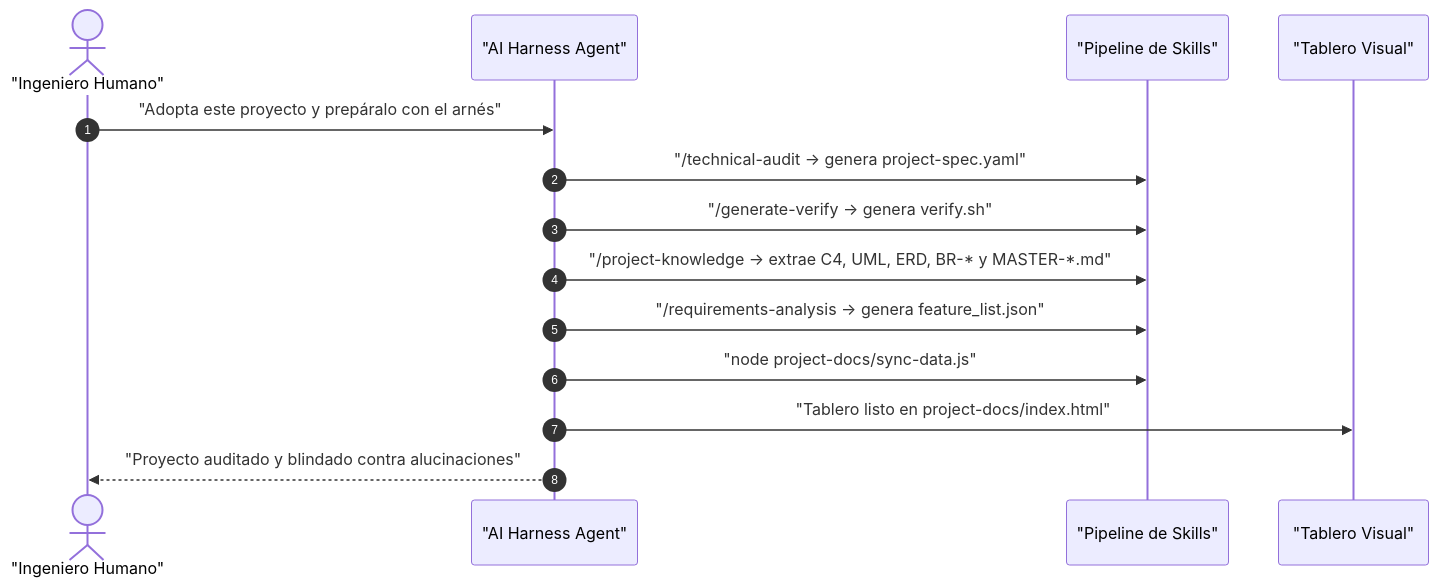
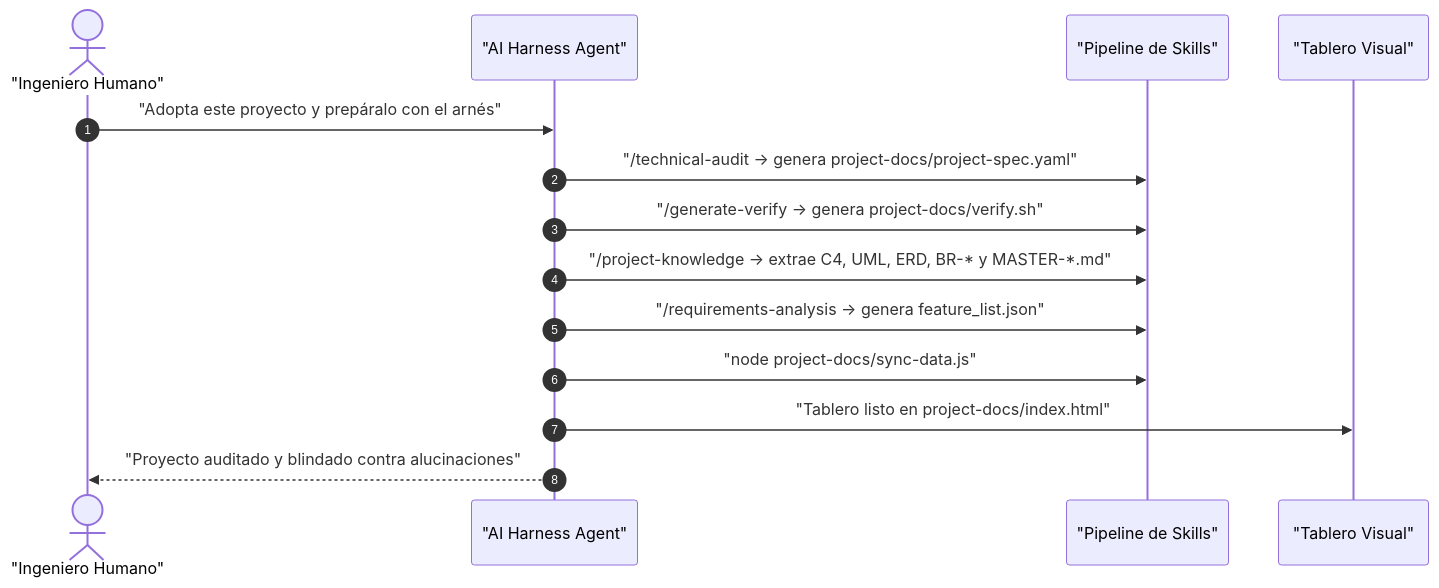
The second of 4 diagrams in project-docs/knowledge/03-capabilities-and-features.md (Nayid4/ContextForge), drawn with Mermaid before and after one commit. The commit also changed other lines of this file and 106 other files, not shown here.

Commit message:
feat(harness): encapsulate specs, verify.sh and project-spec in project-docs

````diff
--- a/project-docs/knowledge/03-capabilities-and-features.md
+++ b/project-docs/knowledge/03-capabilities-and-features.md
@@ -216,17 +216,17 @@
 ```mermaid
 sequenceDiagram
   autonumber
   actor Dev as "Ingeniero Humano"
   participant AG as "AI Harness Agent"
   participant Core as "Pipeline de Skills"
   participant Dash as "Tablero Visual"
 
   Dev->>AG: "Adopta este proyecto y prepáralo con el arnés"
-  AG->>Core: "/technical-audit -> genera project-spec.yaml"
-  AG->>Core: "/generate-verify -> genera verify.sh"
+  AG->>Core: "/technical-audit -> genera project-docs/project-spec.yaml"
+  AG->>Core: "/generate-verify -> genera project-docs/verify.sh"
   AG->>Core: "/project-knowledge -> extrae C4, UML, ERD, BR-* y MASTER-*.md"
   AG->>Core: "/requirements-analysis -> genera feature_list.json"
   AG->>Core: "node project-docs/sync-data.js"
   AG->>Dash: "Tablero listo en project-docs/index.html"
   AG-->>Dev: "Proyecto auditado y blindado contra alucinaciones"
 ```
````
